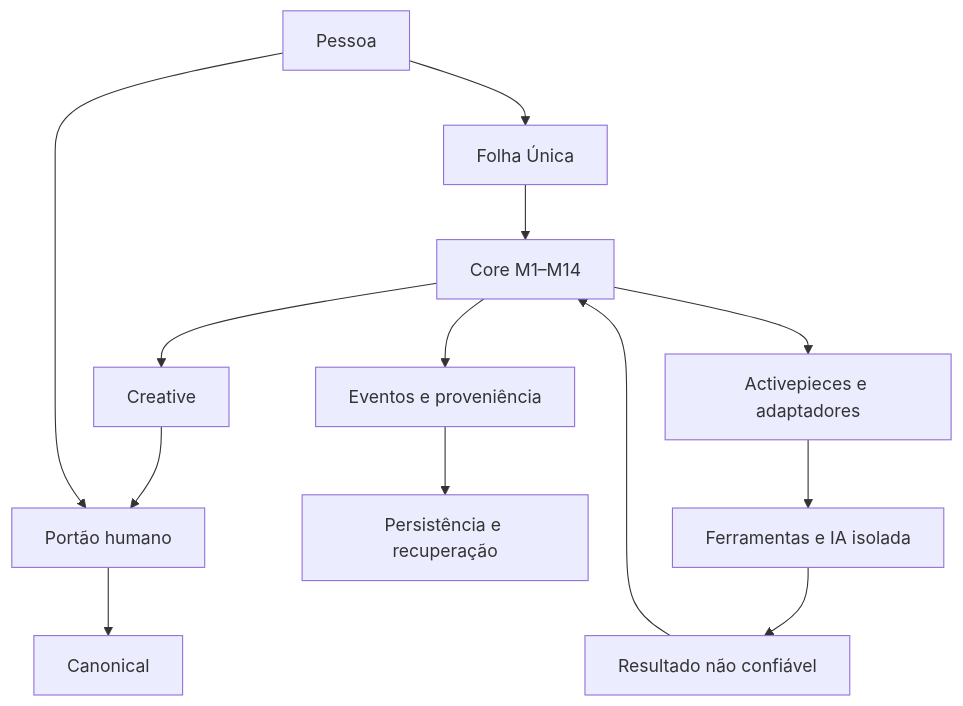
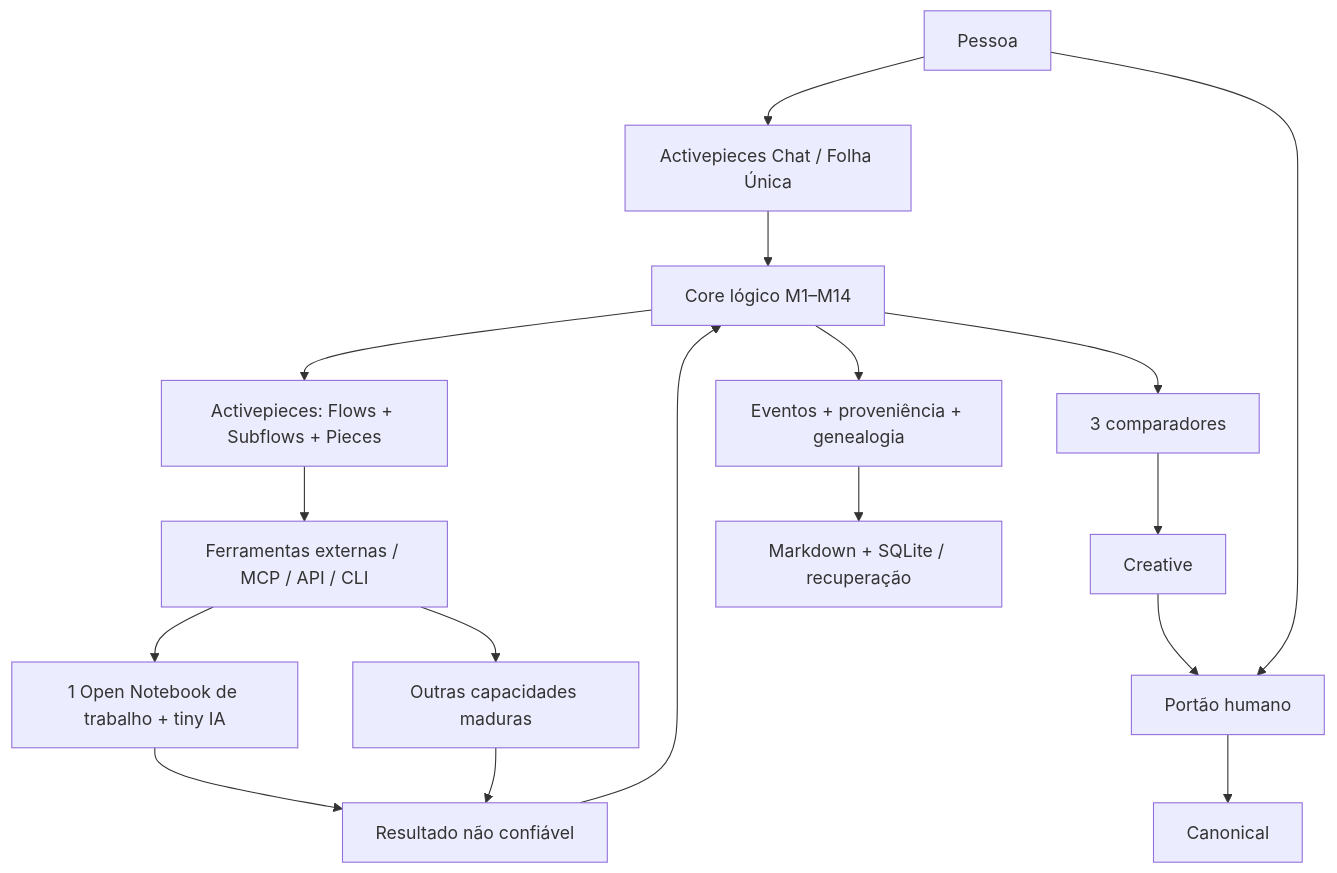
Before and after one commit to PAPACREATOR/cerebro-parvo-: the diagram in CEREBRO_ARCHITECTURE.md, drawn with Mermaid. The commit also changed other lines of this file, not shown here.

Commit message:
Align architecture with Pieces-centered execution

````diff
--- a/CEREBRO_ARCHITECTURE.md
+++ b/CEREBRO_ARCHITECTURE.md
@@ -5,15 +5,19 @@
 ```mermaid
 flowchart TD
- P[Pessoa] --> F[Folha Única]
- F --> C[Core M1–M14]
- C --> CR[Creative]
+ P[Pessoa] --> F[Activepieces Chat / Folha Única]
+ F --> C[Core lógico M1–M14]
+ C --> AP[Activepieces: Flows + Subflows + Pieces]
+ AP --> T[Ferramentas externas / MCP / API / CLI]
+ T --> ON[1 Open Notebook de trabalho + tiny IA]
+ T --> O[Outras capacidades maduras]
+ ON --> U[Resultado não confiável]
+ O --> U
+ U --> C
+ C --> CMP[3 comparadores]
+ CMP --> CR[Creative]
  CR --> H[Portão humano]
  P --> H
  H --> CA[Canonical]
- C --> E[Eventos e proveniência]
- E --> R[Persistência e recuperação]
- C --> A[Activepieces e adaptadores]
- A --> T[Ferramentas e IA isolada]
- T --> V[Resultado não confiável]
- V --> C
+ C --> E[Eventos + proveniência + genealogia]
+ E --> R[Markdown + SQLite / recuperação]
 ```
````
